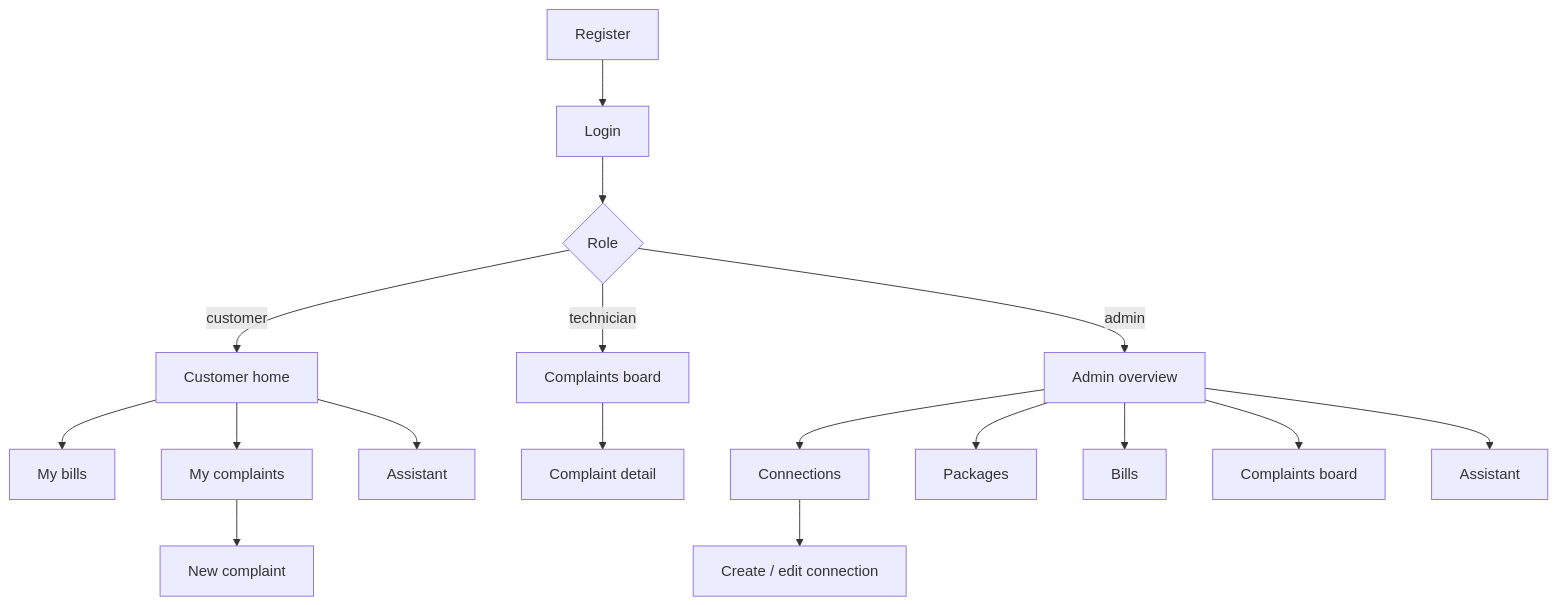
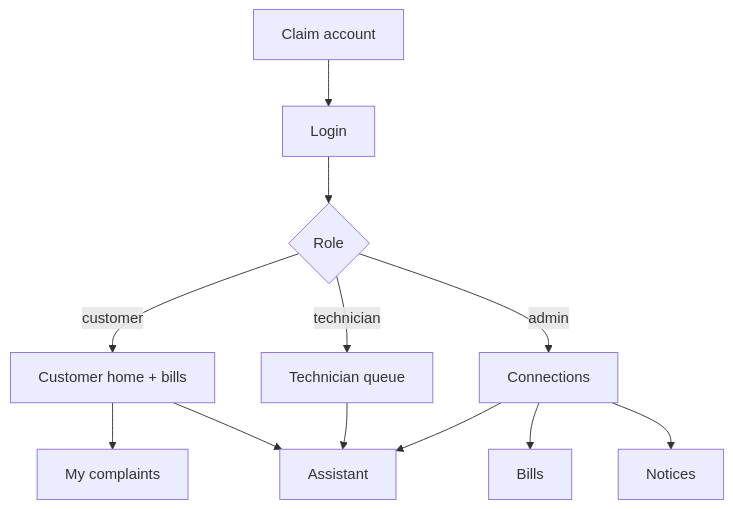
Before and after one commit to shohidul-code/NetDesk: the diagram in docs/APP_FLOW.md, drawn with Mermaid. The commit also changed other lines of this file and 12 other files, not shown here.

````diff
--- a/docs/APP_FLOW.md
+++ b/docs/APP_FLOW.md
@@ -7,22 +7,15 @@
 ```mermaid
 flowchart TD
-    L[Login] --> R{Role}
-    REG[Register] --> L
-    R -->|customer| CH[Customer home]
-    R -->|technician| TB[Complaints board]
-    R -->|admin| AD[Admin overview]
+    CL[Claim account] --> L[Login]
+    L --> R{Role}
+    R -->|customer| CH[Customer home + bills]
+    R -->|technician| TQ[Technician queue]
+    R -->|admin| AC[Connections]
 
-    CH --> CB[My bills]
     CH --> CC[My complaints]
-    CC --> CN[New complaint]
     CH --> CA[Assistant]
-
-    TB --> TD[Complaint detail]
-
-    AD --> AC[Connections]
-    AD --> AP[Packages]
-    AD --> AB[Bills]
-    AD --> AX[Complaints board]
-    AD --> AA[Assistant]
-    AC --> ACF[Create / edit connection]
+    TQ --> CA
+    AC --> AB[Bills]
+    AC --> AN[Notices]
+    AC --> CA
 ```
````
